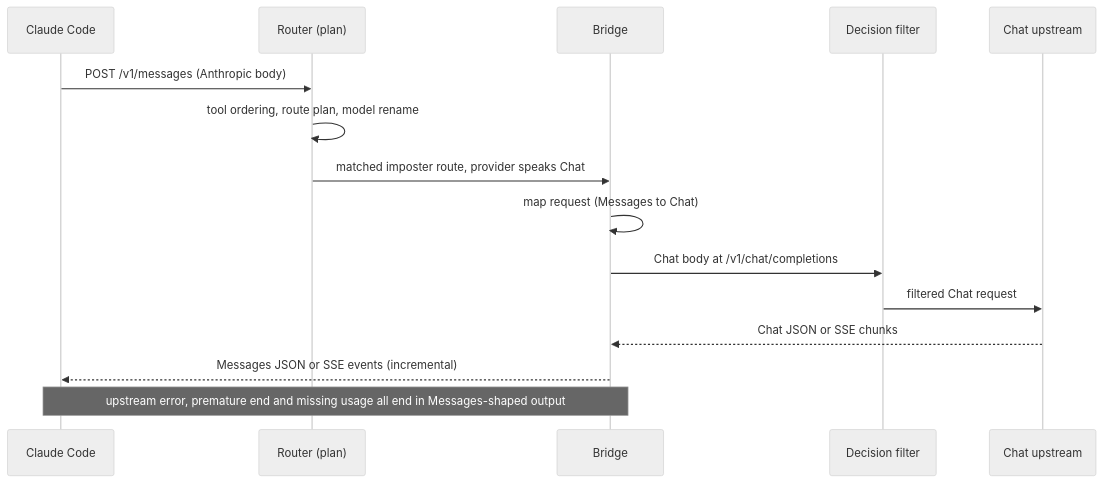
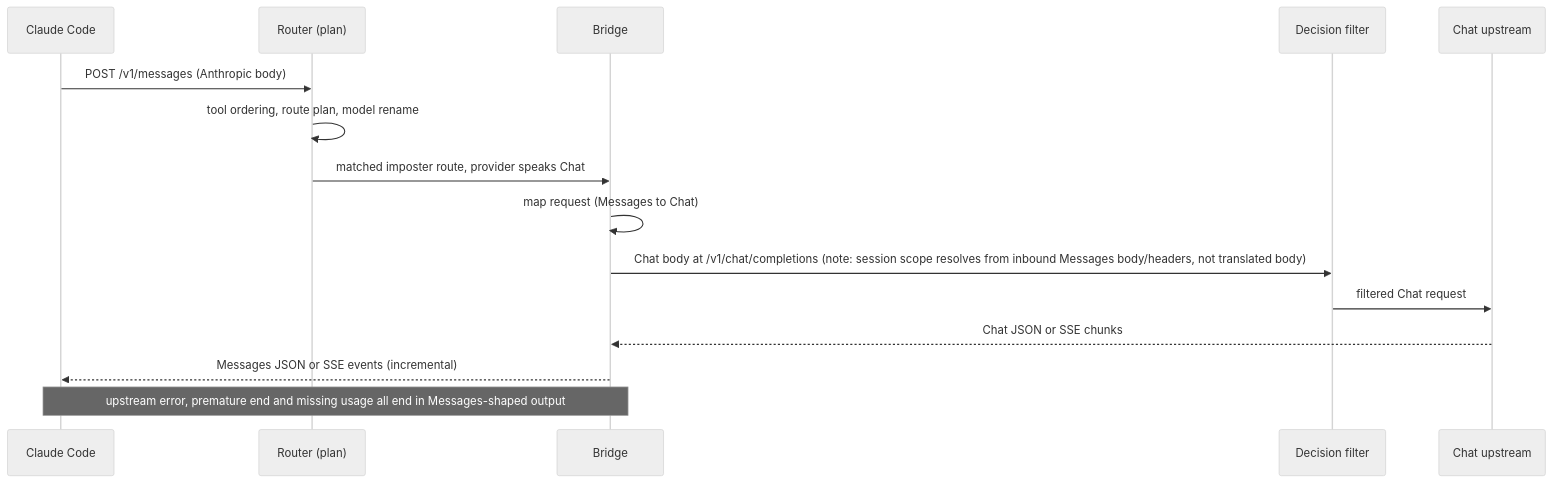
One commit to generic-automation-and-it/smooth-llm-imposter changed the diagram in .docs/hlds/016-anthropic-messages-chat-bridge/diagrams/sequence-bridged-turn.md. Above: the diagram before and after it, drawn with Mermaid (neutral theme). The commit also changed 8 other files, not shown here.

````diff
--- a/.docs/hlds/016-anthropic-messages-chat-bridge/diagrams/sequence-bridged-turn.md
+++ b/.docs/hlds/016-anthropic-messages-chat-bridge/diagrams/sequence-bridged-turn.md
@@ -5,17 +5,17 @@
 ```mermaid
 sequenceDiagram
     participant H as Claude Code
     participant R as Router (plan)
     participant B as Bridge
     participant F as Decision filter
     participant U as Chat upstream
     H->>R: POST /v1/messages (Anthropic body)
     R->>R: tool ordering, route plan, model rename
     R->>B: matched imposter route, provider speaks Chat
     B->>B: map request (Messages to Chat)
-    B->>F: Chat body at /v1/chat/completions
+    B->>F: Chat body at /v1/chat/completions (note: session scope resolves from inbound Messages body/headers, not translated body)
     F->>U: filtered Chat request
     U-->>B: Chat JSON or SSE chunks
     B-->>H: Messages JSON or SSE events (incremental)
     Note over B,H: upstream error, premature end and missing usage all end in Messages-shaped output
 ```
````
